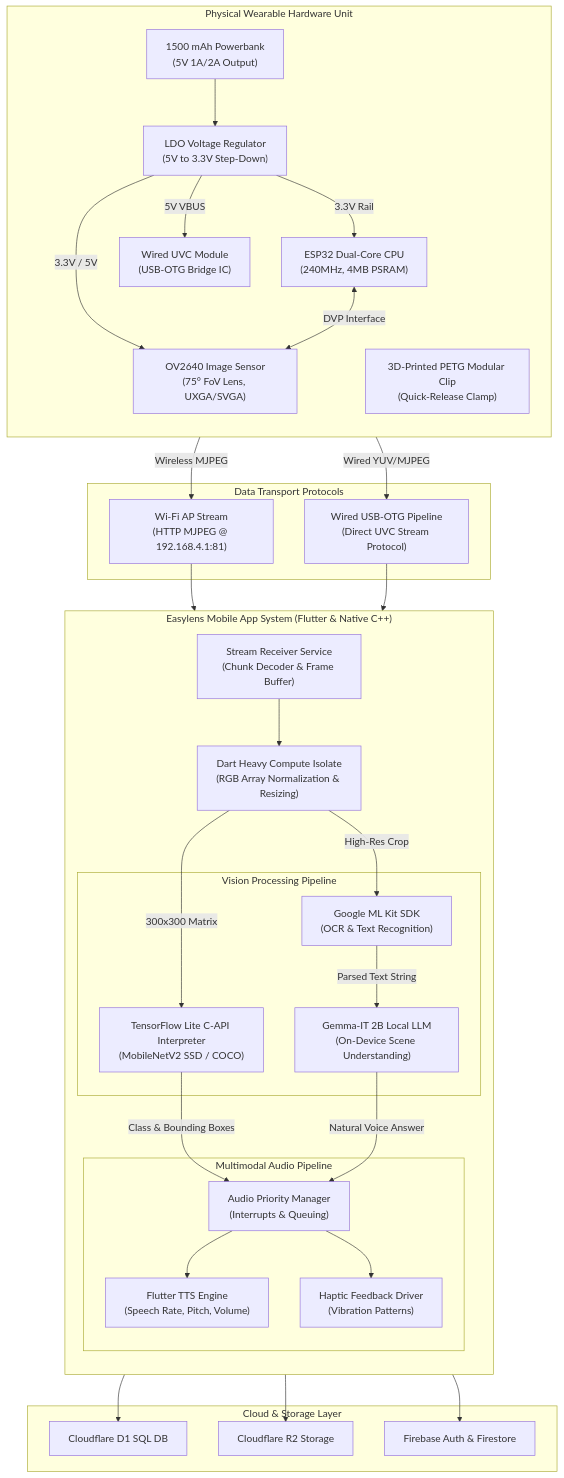
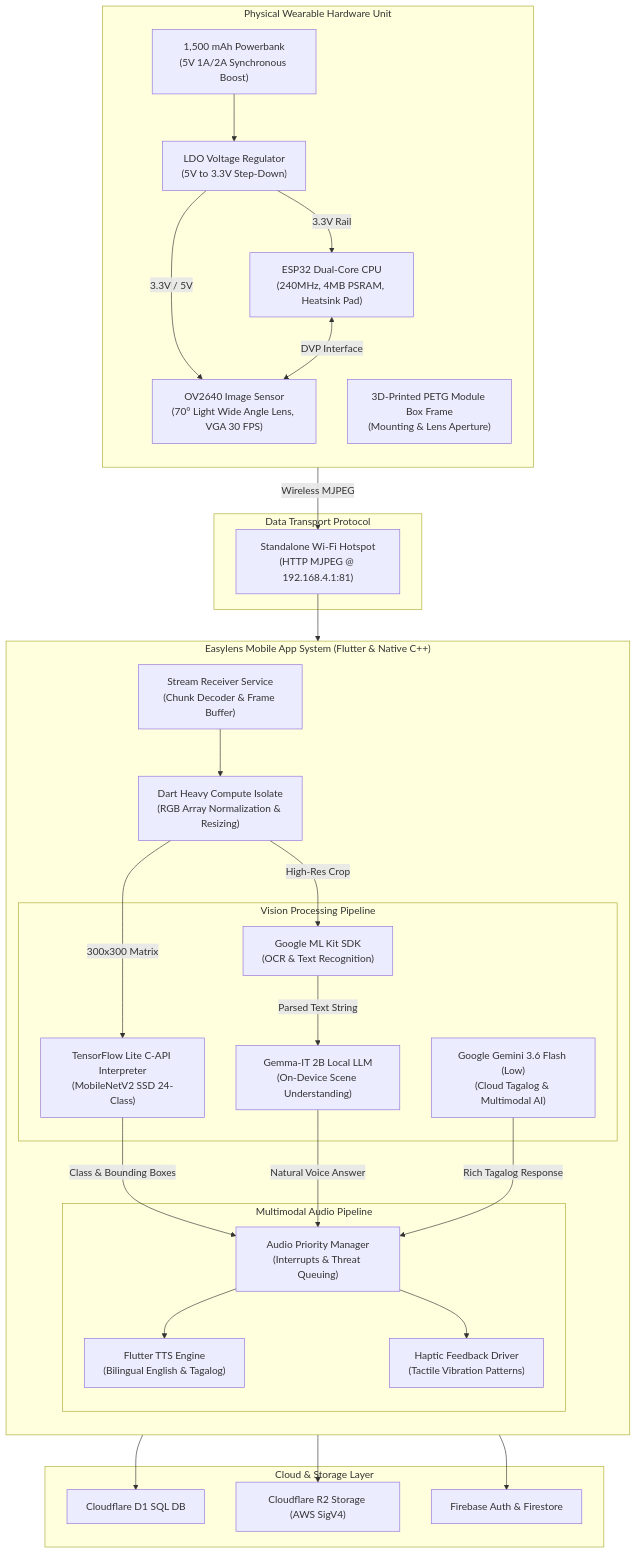
Before and after one commit to Thes-IS-IT/Easylens: the second of 6 diagrams in docs/system_architecture/system_architecture_and_uml.md, drawn with Mermaid. The commit also changed other lines of this file and 2 other files, not shown here.

Commit message:
docs: simplify conceptual framework to match Eraser.io IPO model, remove Wired UVC/USB-OTG, and update LLM models to Gemma-IT 2B & Gemini 3.6 Flash (Low)

````diff
--- a/docs/system_architecture/system_architecture_and_uml.md
+++ b/docs/system_architecture/system_architecture_and_uml.md
@@ -44,66 +44,63 @@
 ```mermaid
 flowchart TB
     subgraph Physical Hardware ["Physical Wearable Hardware Unit"]
         direction TB
-        BATT["1500 mAh Powerbank\n(5V 1A/2A Output)"]
+        BATT["1,500 mAh Powerbank\n(5V 1A/2A Synchronous Boost)"]
         REG["LDO Voltage Regulator\n(5V to 3.3V Step-Down)"]
-        ESP["ESP32 Dual-Core CPU\n(240MHz, 4MB PSRAM)"]
-        OV2640["OV2640 Image Sensor\n(75° FoV Lens, UXGA/SVGA)"]
-        UVC["Wired UVC Module\n(USB-OTG Bridge IC)"]
-        CLIP["3D-Printed PETG Modular Clip\n(Quick-Release Clamp)"]
+        ESP["ESP32 Dual-Core CPU\n(240MHz, 4MB PSRAM, Heatsink Pad)"]
+        OV2640["OV2640 Image Sensor\n(70° Light Wide Angle Lens, VGA 30 FPS)"]
+        CLIP["3D-Printed PETG Module Box Frame\n(Mounting & Lens Aperture)"]
 
         BATT --> REG
         REG -->|"3.3V Rail"| ESP
         REG -->|"3.3V / 5V"| OV2640
-        REG -->|"5V VBUS"| UVC
         ESP <-->|"DVP Interface"| OV2640
     end
 
-    subgraph Transmission Layer ["Data Transport Protocols"]
-        WIFI["Wi-Fi AP Stream\n(HTTP MJPEG @ 192.168.4.1:81)"]
-        USBOTG["Wired USB-OTG Pipeline\n(Direct UVC Stream Protocol)"]
+    subgraph Transmission Layer ["Data Transport Protocol"]
+        WIFI["Standalone Wi-Fi Hotspot\n(HTTP MJPEG @ 192.168.4.1:81)"]
 
         ESP -->|"Wireless MJPEG"| WIFI
-        UVC -->|"Wired YUV/MJPEG"| USBOTG
     end
 
     subgraph Edge Application ["Easylens Mobile App System (Flutter & Native C++)"]
         direction TB
         RECV["Stream Receiver Service\n(Chunk Decoder & Frame Buffer)"]
         ISOLATE["Dart Heavy Compute Isolate\n(RGB Array Normalization & Resizing)"]
         
         subgraph Vision Engine ["Vision Processing Pipeline"]
-            TFLITE["TensorFlow Lite C-API Interpreter\n(MobileNetV2 SSD / COCO)"]
+            TFLITE["TensorFlow Lite C-API Interpreter\n(MobileNetV2 SSD 24-Class)"]
             MLKIT["Google ML Kit SDK\n(OCR & Text Recognition)"]
             GEMMA["Gemma-IT 2B Local LLM\n(On-Device Scene Understanding)"]
+            GEMINI["Google Gemini 3.6 Flash (Low)\n(Cloud Tagalog & Multimodal AI)"]
         end
 
         subgraph Audio Engine ["Multimodal Audio Pipeline"]
-            AUDIO_MGR["Audio Priority Manager\n(Interrupts & Queuing)"]
-            TTS_ENGINE["Flutter TTS Engine\n(Speech Rate, Pitch, Volume)"]
-            HAPTIC["Haptic Feedback Driver\n(Vibration Patterns)"]
+            AUDIO_MGR["Audio Priority Manager\n(Interrupts & Threat Queuing)"]
+            TTS_ENGINE["Flutter TTS Engine\n(Bilingual English & Tagalog)"]
+            HAPTIC["Haptic Feedback Driver\n(Tactile Vibration Patterns)"]
         end
 
         RECV --> ISOLATE
         ISOLATE -->|"300x300 Matrix"| TFLITE
         ISOLATE -->|"High-Res Crop"| MLKIT
         TFLITE -->|"Class & Bounding Boxes"| AUDIO_MGR
         MLKIT -->|"Parsed Text String"| GEMMA
         GEMMA -->|"Natural Voice Answer"| AUDIO_MGR
+        GEMINI -->|"Rich Tagalog Response"| AUDIO_MGR
         AUDIO_MGR --> TTS_ENGINE
         AUDIO_MGR --> HAPTIC
     end
 
     subgraph Backend Cloud ["Cloud & Storage Layer"]
         D1["Cloudflare D1 SQL DB"]
-        R2["Cloudflare R2 Storage"]
+        R2["Cloudflare R2 Storage (AWS SigV4)"]
         FIREBASE["Firebase Auth & Firestore"]
 
         RECV --> D1
         RECV --> R2
         RECV --> FIREBASE
     end
 
     WIFI --> RECV
-    USBOTG --> RECV
 ```
````
